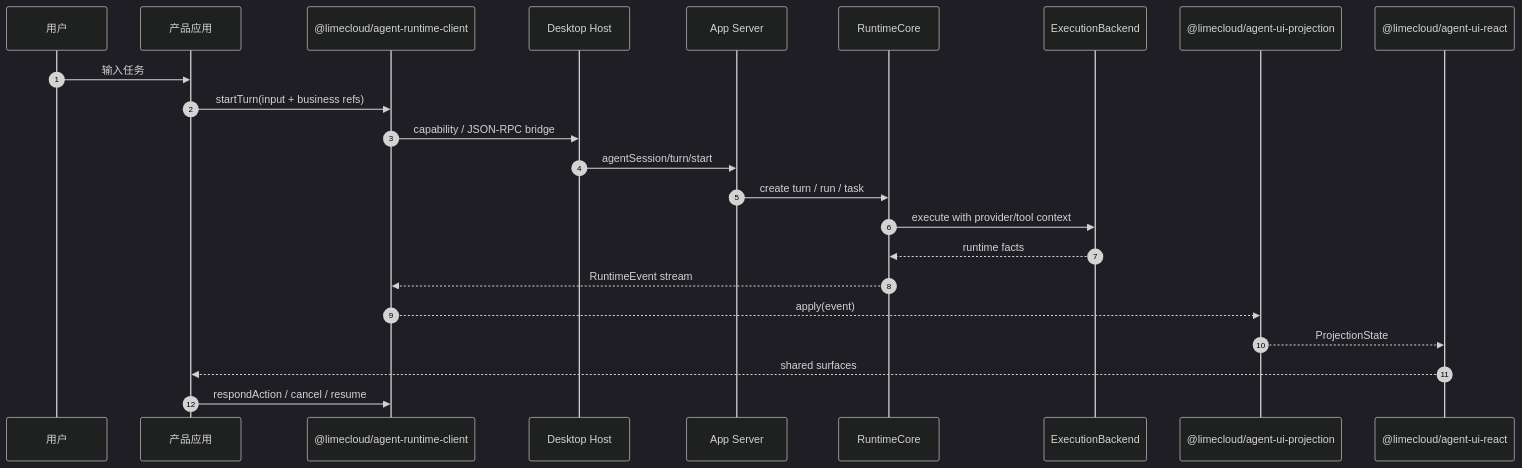
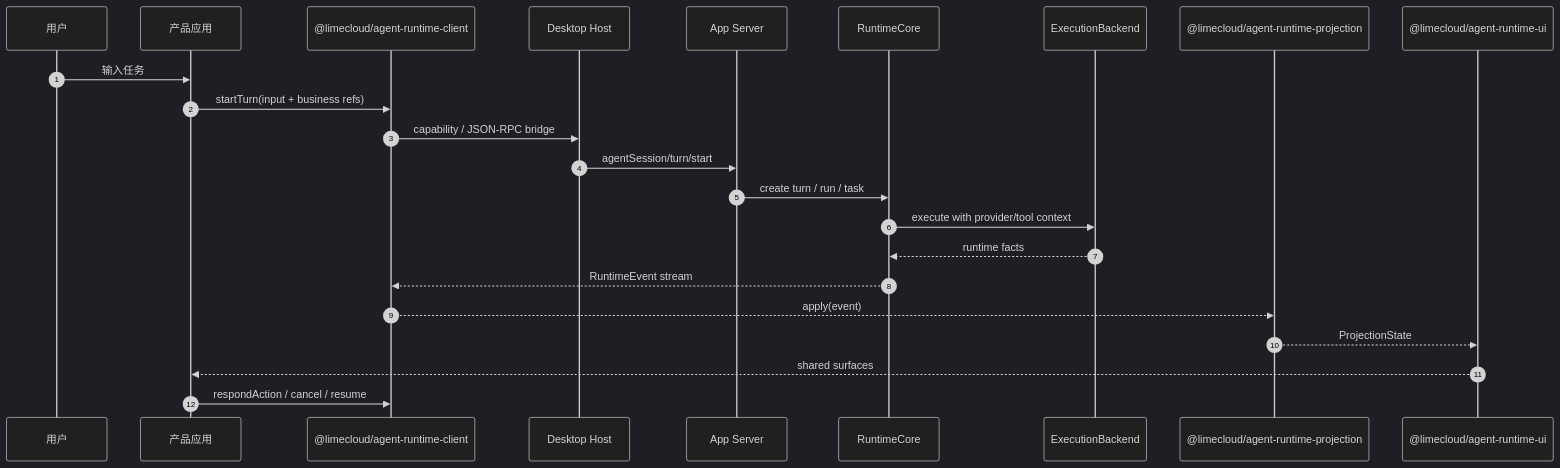
One commit to limecloud/lime-agent-workbench changed the second of 2 diagrams in docs/concepts/architecture.md. Above: the diagram before and after it, drawn with Mermaid (dark theme). The commit also changed other lines of this file and 46 other files, not shown here.

````diff
--- a/docs/concepts/architecture.md
+++ b/docs/concepts/architecture.md
@@ -114,26 +114,26 @@
 ```mermaid
 sequenceDiagram
   autonumber
   participant User as 用户
   participant Product as 产品应用
   participant Client as @limecloud/agent-runtime-client
   participant Host as Desktop Host
   participant Server as App Server
   participant Core as RuntimeCore
   participant Backend as ExecutionBackend
-  participant Projection as @limecloud/agent-ui-projection
-  participant React as @limecloud/agent-ui-react
+  participant Projection as @limecloud/agent-runtime-projection
+  participant React as @limecloud/agent-runtime-ui
 
   User->>Product: 输入任务
   Product->>Client: startTurn(input + business refs)
   Client->>Host: capability / JSON-RPC bridge
   Host->>Server: agentSession/turn/start
   Server->>Core: create turn / run / task
   Core->>Backend: execute with provider/tool context
   Backend-->>Core: runtime facts
   Core-->>Client: RuntimeEvent stream
   Client-->>Projection: apply(event)
   Projection-->>React: ProjectionState
   React-->>Product: shared surfaces
   Product->>Client: respondAction / cancel / resume
 ```
````
